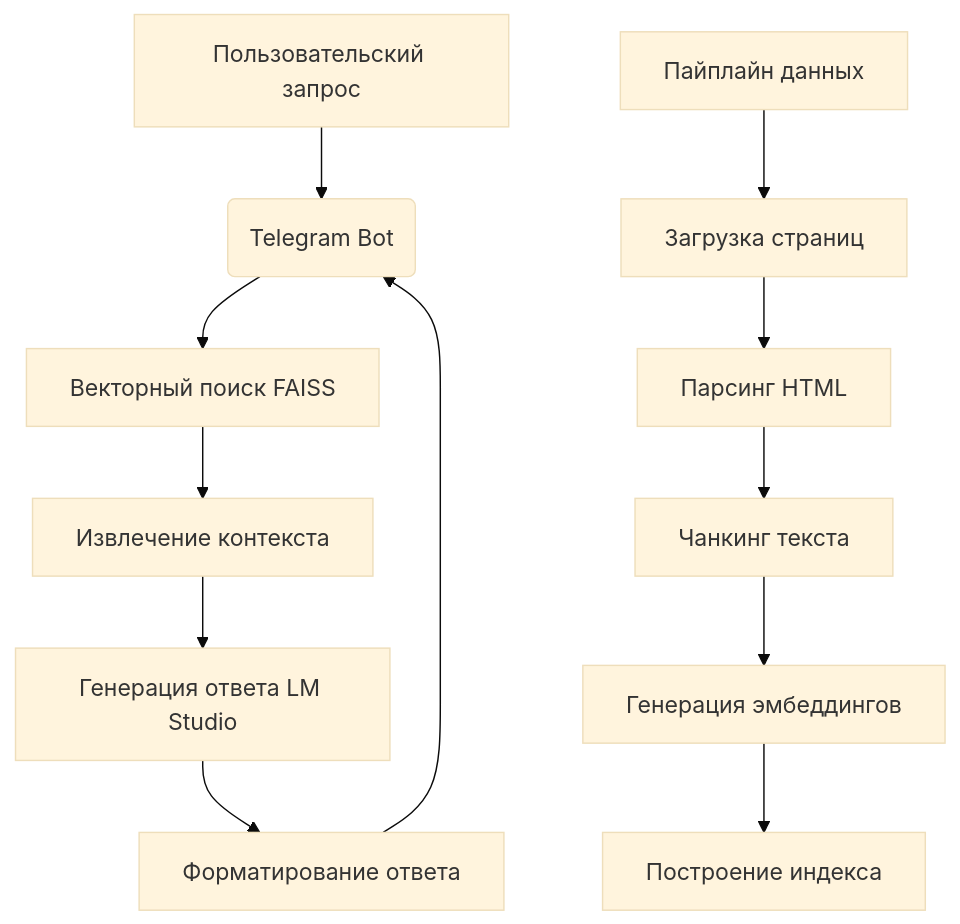
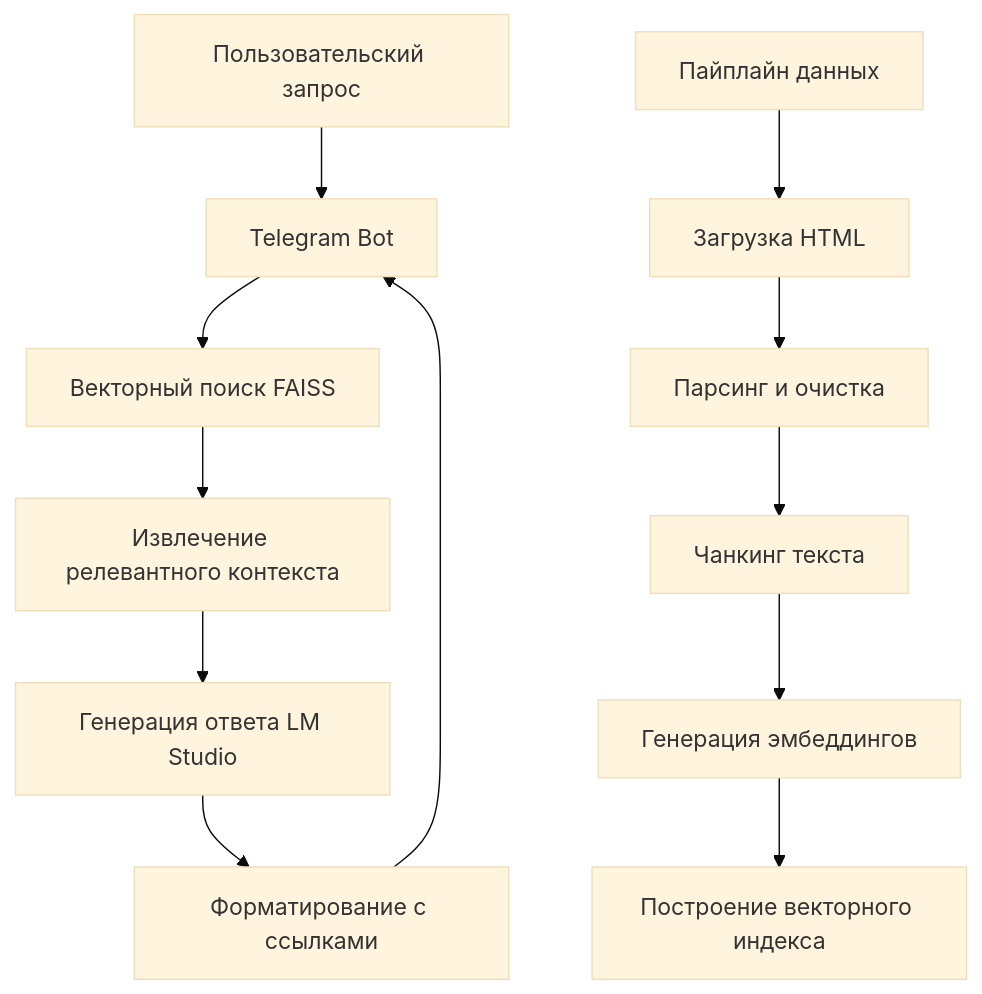
Before and after one commit to theDAREK497/archive-assistant-bot: the diagram in README.md, drawn with Mermaid (base theme). The commit also changed other lines of this file, not shown here.

````diff
--- a/README.md
+++ b/README.md
@@ -151,14 +63,15 @@
 ```mermaid
-graph TD
-    A[Пользовательский запрос] --> B(Telegram Bot)
+graph TB
+    A[Пользовательский запрос] --> B[Telegram Bot]
     B --> C[Векторный поиск FAISS]
-    C --> D[Извлечение контекста]
+    C --> D[Извлечение релевантного контекста]
     D --> E[Генерация ответа LM Studio]
-    E --> F[Форматирование ответа]
+    E --> F[Форматирование с ссылками]
     F --> B
-    G[Пайплайн данных] --> H[Загрузка страниц]
-    H --> I[Парсинг HTML]
+    
+    G[Пайплайн данных] --> H[Загрузка HTML]
+    H --> I[Парсинг и очистка]
     I --> J[Чанкинг текста]
     J --> K[Генерация эмбеддингов]
-    K --> L[Построение индекса]
+    K --> L[Построение векторного индекса]
 ```
````
